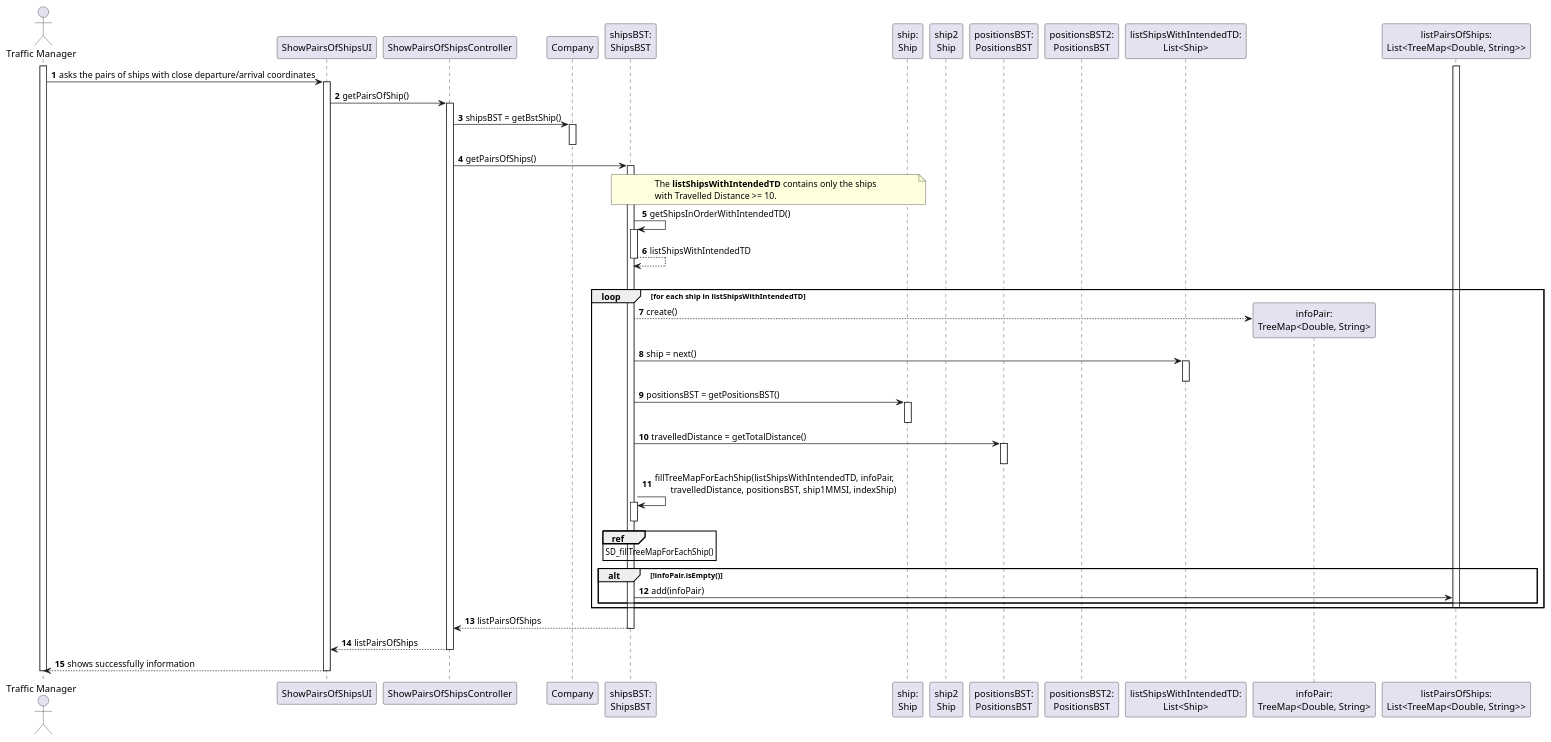
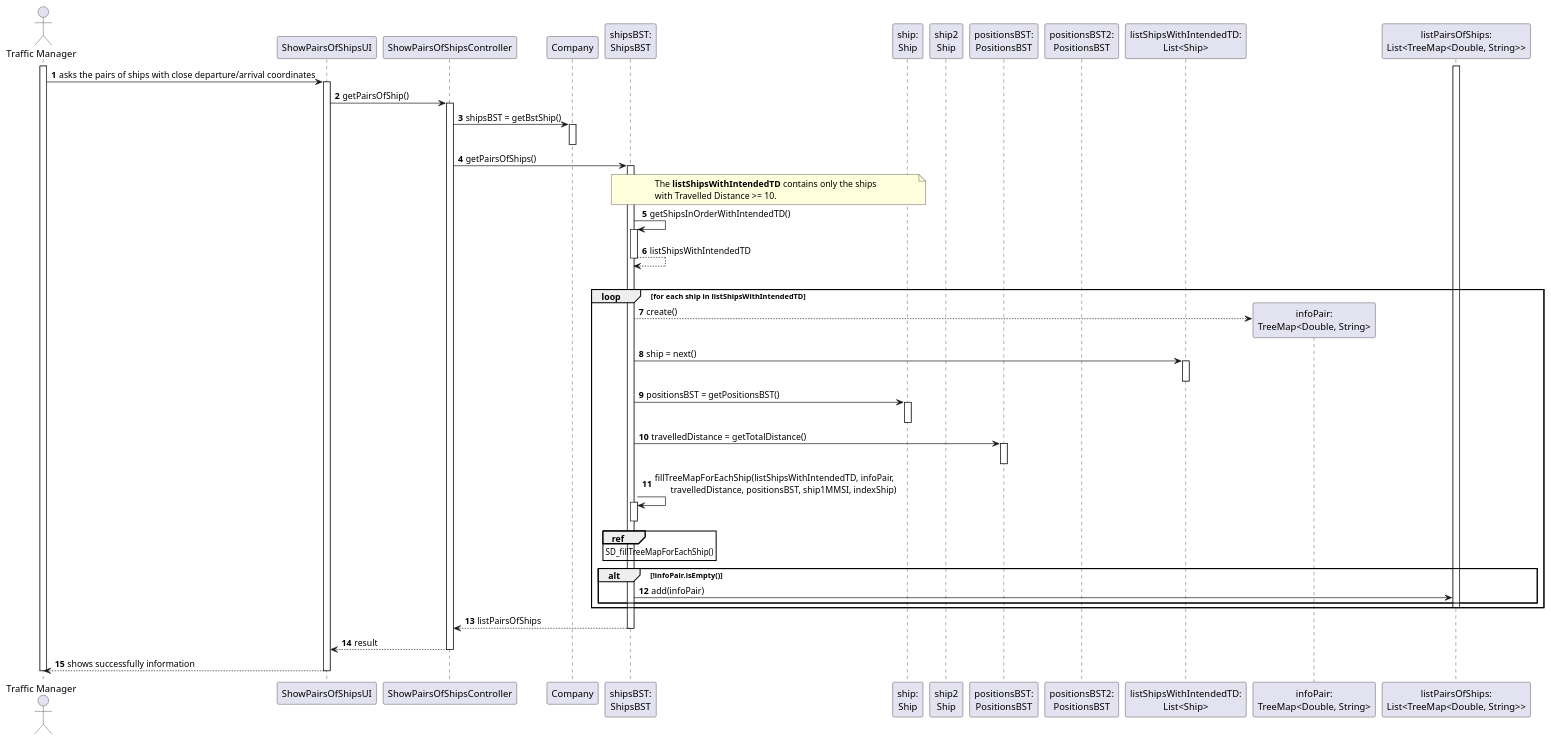
Before and after one commit to ana-albergaria/LAPR3-ISEP: the diagram in docs/US107/US107_SD.puml, drawn with PlantUML. The commit also changed 6 other files, not shown here.

```diff
--- a/docs/US107/US107_SD.puml
+++ b/docs/US107/US107_SD.puml
@@ -1,88 +1,88 @@
 @startuml
 
 
 autonumber
 actor "Traffic Manager" as TM
 
 participant "ShowPairsOfShipsUI" as UI
 participant "ShowPairsOfShipsController" as CTRL
 participant "Company" as COMP
 participant "shipsBST:\nShipsBST" as BstShip
 participant "ship:\nShip" as S
 participant "ship2\nShip" as S2
 /'participant "ShipPosition" as SP'/
 participant "positionsBST:\nPositionsBST" as BstPosition
 participant "positionsBST2:\nPositionsBST" as BstPosition2
 participant "listShipsWithIntendedTD:\nList<Ship>" as ITERATOR
 participant "infoPair:\nTreeMap<Double, String>" as TREEMAP
 participant "listPairsOfShips:\nList<TreeMap<Double, String>>" as LIST
 
 
 activate TM
 TM -> "UI" : asks the pairs of ships with close departure/arrival coordinates
 activate "UI"
 UI -> CTRL : getPairsOfShip()
 activate CTRL
 CTRL -> COMP : shipsBST = getBstShip()
 activate COMP
 deactivate COMP
 CTRL -> BstShip : getPairsOfShips()
 /'decide what kind of list'/
 activate BstShip
 /'BstShip -> BstShip : listOfShips = inOrder() '/
 note over BstShip, S
 The **listShipsWithIntendedTD** contains only the ships
 with Travelled Distance >= 10.
 end note
 BstShip -> BstShip : getShipsInOrderWithIntendedTD()
 activate BstShip
 BstShip --> BstShip : listShipsWithIntendedTD
 deactivate BstShip
 |||
 loop for each ship in listShipsWithIntendedTD
 BstShip --> TREEMAP** : create()
 BstShip -> ITERATOR : ship = next()
 activate ITERATOR
 deactivate ITERATOR
 /'BstShip -> S : travelledDistance = getTravelledDistance()
 activate S
 deactivate S
 '/
 BstShip -> S : positionsBST = getPositionsBST()
 activate S
 deactivate S
 BstShip -> BstPosition : travelledDistance = getTotalDistance()
 activate BstPosition
 deactivate BstPosition
 BstShip -> BstShip : fillTreeMapForEachShip(listShipsWithIntendedTD, infoPair, \n       travelledDistance, positionsBST, ship1MMSI, indexShip)
 ref over BstShip
 SD_fillTreeMapForEachShip()
 end
 activate BstShip
 deactivate BstShip
 /'alteração alt em baixo: travelledDistance2 >= 10 em vez de > 10'/
 /'alt travelledDistance >= 10'/
 
 alt !infoPair.isEmpty()
 BstShip -> LIST : add(infoPair)
 end
 activate LIST
 deactivate LIST
 /'end'/
 end
 
 BstShip --> CTRL : listPairsOfShips
 deactivate BstShip
-CTRL --> UI : listPairsOfShips
+CTRL --> UI : result
 deactivate CTRL
 "UI" --> TM : shows successfully information
 
 deactivate "UI"
 
 
 
 
 
 deactivate TM
 
 @enduml
```
